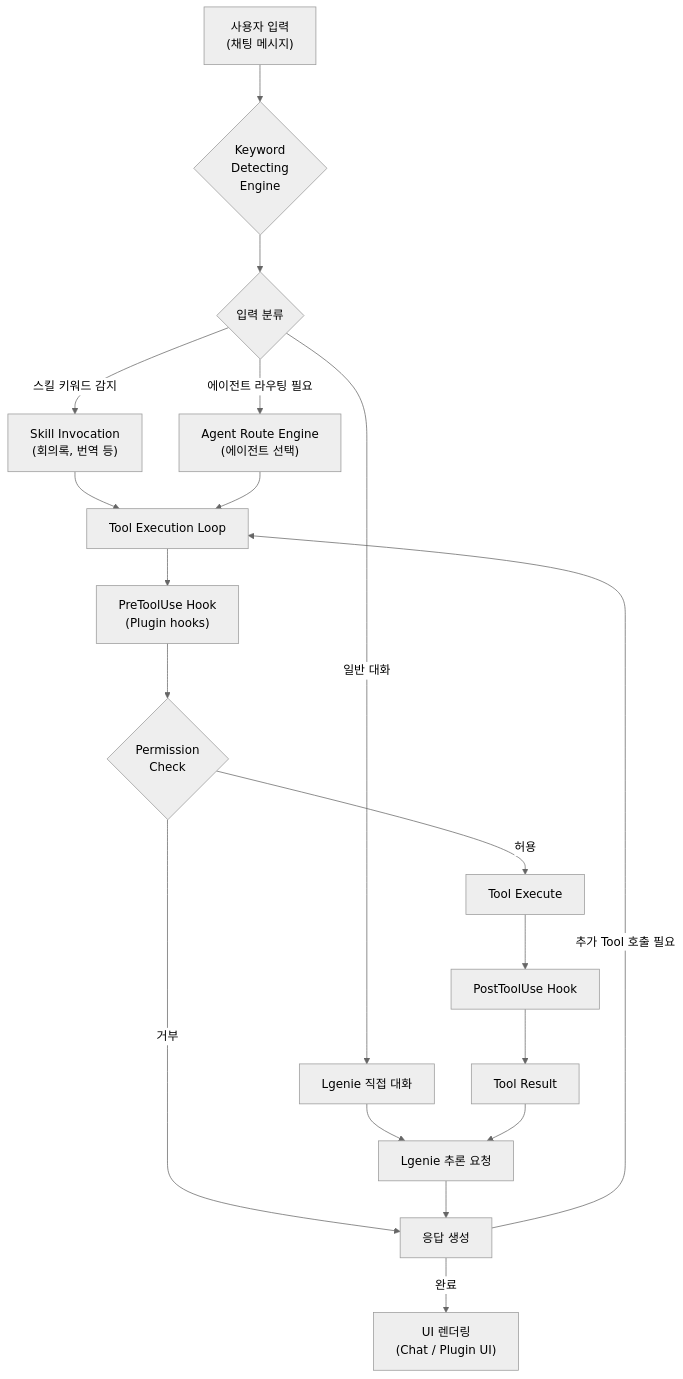
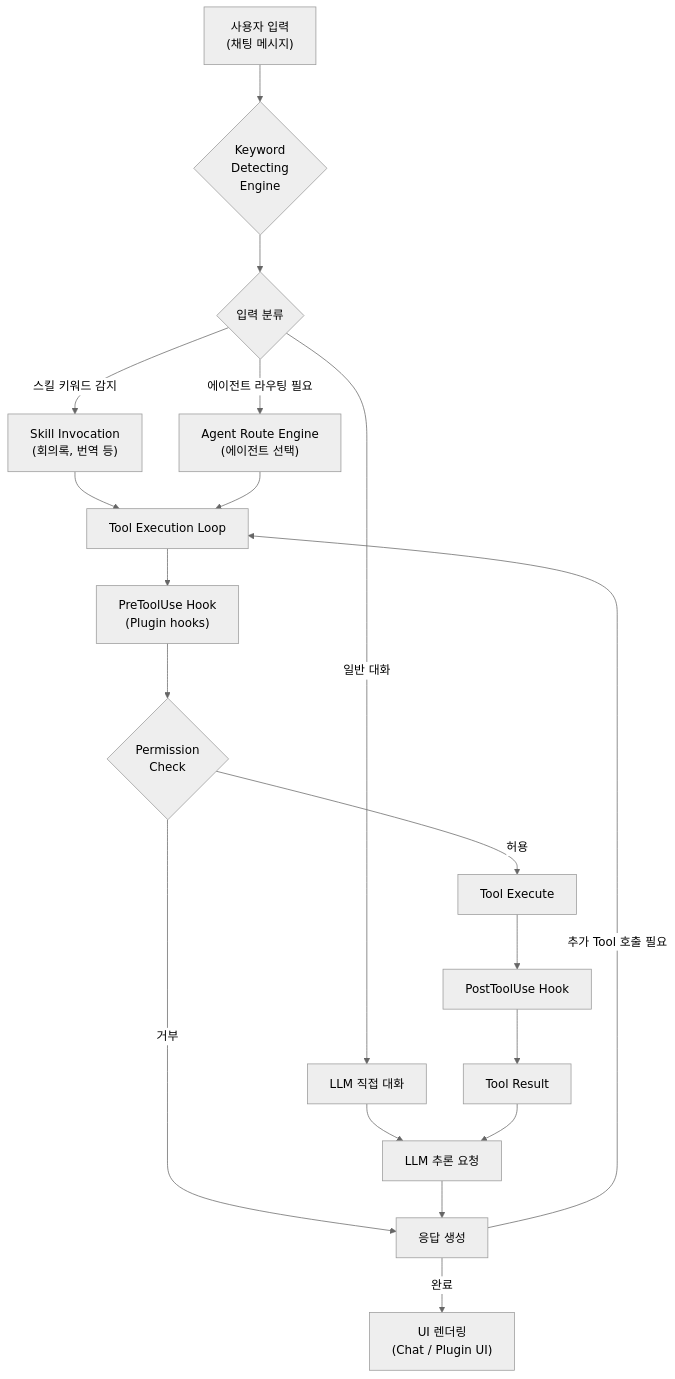
One commit to lvis-project/lvis-app changed the seventh of 21 diagrams in docs/architecture/architecture.reference.md. Above: the diagram before and after it, drawn with Mermaid (neutral theme). The commit also changed other lines of this file and 86 other files, not shown here.

````diff
--- a/docs/architecture/architecture.reference.md
+++ b/docs/architecture/architecture.reference.md
@@ -316,48 +316,48 @@
 ```mermaid
 flowchart TB
     INPUT["사용자 입력<br/>(채팅 메시지)"]
     
     KW{"Keyword<br/>Detecting<br/>Engine"}
     
     CLASSIFY{"입력 분류"}
     
     SKILL_INVOKE["Skill Invocation<br/>(회의록, 번역 등)"]
     AGENT_ROUTE["Agent Route Engine<br/>(에이전트 선택)"]
-    DIRECT_LLM["Lgenie 직접 대화"]
+    DIRECT_LLM["LLM 직접 대화"]
     
     TOOL_LOOP["Tool Execution Loop"]
     
     PRE_HOOK["PreToolUse Hook<br/>(Plugin hooks)"]
     PERM{"Permission<br/>Check"}
     EXEC["Tool Execute"]
     POST_HOOK["PostToolUse Hook"]
     
     RESULT["Tool Result"]
-    LLM_CALL["Lgenie 추론 요청"]
+    LLM_CALL["LLM 추론 요청"]
     RESPONSE["응답 생성"]
     
     RENDER["UI 렌더링<br/>(Chat / Plugin UI)"]
     
     INPUT --> KW
     KW --> CLASSIFY
     
     CLASSIFY -->|"스킬 키워드 감지"| SKILL_INVOKE
     CLASSIFY -->|"에이전트 라우팅 필요"| AGENT_ROUTE
     CLASSIFY -->|"일반 대화"| DIRECT_LLM
     
     SKILL_INVOKE --> TOOL_LOOP
     AGENT_ROUTE --> TOOL_LOOP
     DIRECT_LLM --> LLM_CALL
     
     TOOL_LOOP --> PRE_HOOK
     PRE_HOOK --> PERM
     PERM -->|"허용"| EXEC
     PERM -->|"거부"| RESPONSE
     EXEC --> POST_HOOK
     POST_HOOK --> RESULT
     RESULT --> LLM_CALL
     
     LLM_CALL --> RESPONSE
     RESPONSE -->|"추가 Tool 호출 필요"| TOOL_LOOP
     RESPONSE -->|"완료"| RENDER
 ```
````
